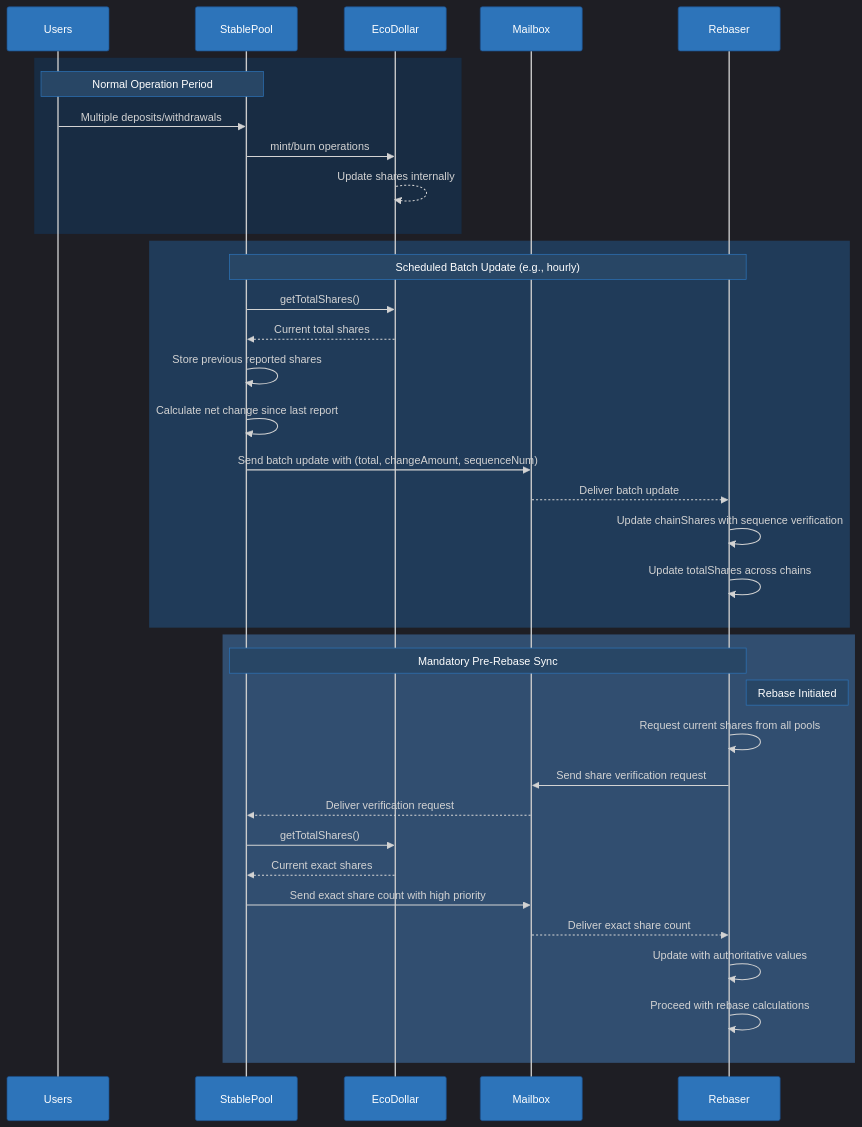
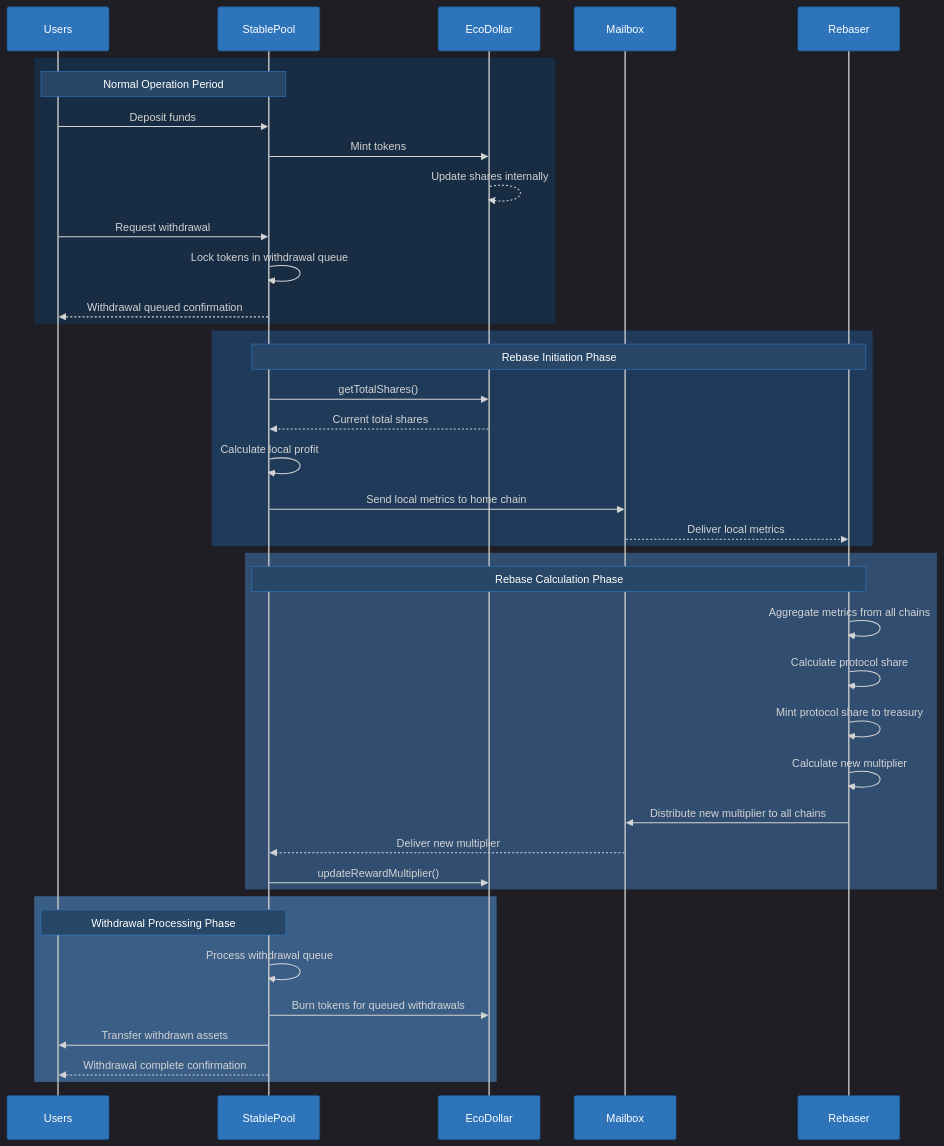
One commit to eco/eco-routes-internal changed the second of 3 diagrams in plans/rebase-flow-implementation-plan.md. Above: the diagram before and after it, drawn with Mermaid. The commit also changed other lines of this file, not shown here.

First line of the commit message:
docs(plans): update rebase flow plan to use queue-based approach

````diff
--- a/plans/rebase-flow-implementation-plan.md
+++ b/plans/rebase-flow-implementation-plan.md
@@ -230,43 +234,49 @@
 ```mermaid
 %%{init: {'theme': 'dark', 'themeVariables': { 'primaryColor': '#2D74BA', 'primaryTextColor': '#FFFFFF', 'primaryBorderColor': '#1D4E89', 'lineColor': '#5D9CEC', 'secondaryColor': '#1D2B3A', 'tertiaryColor': '#132030', 'textColor': '#FFFFFF', 'fontSize': '14px', 'fontFamily': 'Arial', 'edgeLabelBackground': '#132030', 'mainBkg': '#132030', 'clusterBkg': '#1D2B3A', 'altBackground': '#132030', 'actorBkg': '#2D74BA', 'actorBorder': '#1D4E89', 'actorTextColor': '#FFFFFF', 'noteBkgColor': '#284665', 'noteBorderColor': '#2D74BA', 'noteTextColor': '#FFFFFF' }}}%%
 
 sequenceDiagram
     participant Users
     participant StablePool
     participant EcoDollar
     participant Mailbox
     participant Rebaser
     
     rect rgb(24, 44, 67)
     Note over Users,StablePool: Normal Operation Period
-    Users->>StablePool: Multiple deposits/withdrawals
-    StablePool->>EcoDollar: mint/burn operations
+    Users->>StablePool: Deposit funds
+    StablePool->>EcoDollar: Mint tokens
     EcoDollar-->>EcoDollar: Update shares internally
+    
+    Users->>StablePool: Request withdrawal
+    StablePool->>StablePool: Lock tokens in withdrawal queue
+    StablePool-->>Users: Withdrawal queued confirmation
     end
     
     rect rgb(32, 59, 89)
-    Note over StablePool,Rebaser: Scheduled Batch Update (e.g., hourly)
+    Note over StablePool,Rebaser: Rebase Initiation Phase
     StablePool->>EcoDollar: getTotalShares()
     EcoDollar-->>StablePool: Current total shares
-    StablePool->>StablePool: Store previous reported shares
-    StablePool->>StablePool: Calculate net change since last report
-    StablePool->>Mailbox: Send batch update with (total, changeAmount, sequenceNum)
-    Mailbox-->>Rebaser: Deliver batch update
-    Rebaser->>Rebaser: Update chainShares with sequence verification
-    Rebaser->>Rebaser: Update totalShares across chains
+    StablePool->>StablePool: Calculate local profit
+    StablePool->>Mailbox: Send local metrics to home chain
+    Mailbox-->>Rebaser: Deliver local metrics
     end
     
     rect rgb(49, 78, 112)
-    Note over StablePool,Rebaser: Mandatory Pre-Rebase Sync
-    Note right of Rebaser: Rebase Initiated
-    Rebaser->>Rebaser: Request current shares from all pools
-    Rebaser->>Mailbox: Send share verification request
-    Mailbox-->>StablePool: Deliver verification request
-    StablePool->>EcoDollar: getTotalShares()
-    EcoDollar-->>StablePool: Current exact shares
-    StablePool->>Mailbox: Send exact share count with high priority
-    Mailbox-->>Rebaser: Deliver exact share count
-    Rebaser->>Rebaser: Update with authoritative values
-    Rebaser->>Rebaser: Proceed with rebase calculations
+    Note over StablePool,Rebaser: Rebase Calculation Phase
+    Rebaser->>Rebaser: Aggregate metrics from all chains
+    Rebaser->>Rebaser: Calculate protocol share
+    Rebaser->>Rebaser: Mint protocol share to treasury
+    Rebaser->>Rebaser: Calculate new multiplier
+    Rebaser->>Mailbox: Distribute new multiplier to all chains
+    Mailbox-->>StablePool: Deliver new multiplier
+    StablePool->>EcoDollar: updateRewardMultiplier()
+    end
+    
+    rect rgb(59, 94, 135)
+    Note over StablePool,Users: Withdrawal Processing Phase
+    StablePool->>StablePool: Process withdrawal queue
+    StablePool->>EcoDollar: Burn tokens for queued withdrawals
+    StablePool->>Users: Transfer withdrawn assets
+    StablePool-->>Users: Withdrawal complete confirmation
     end
 ```
````
